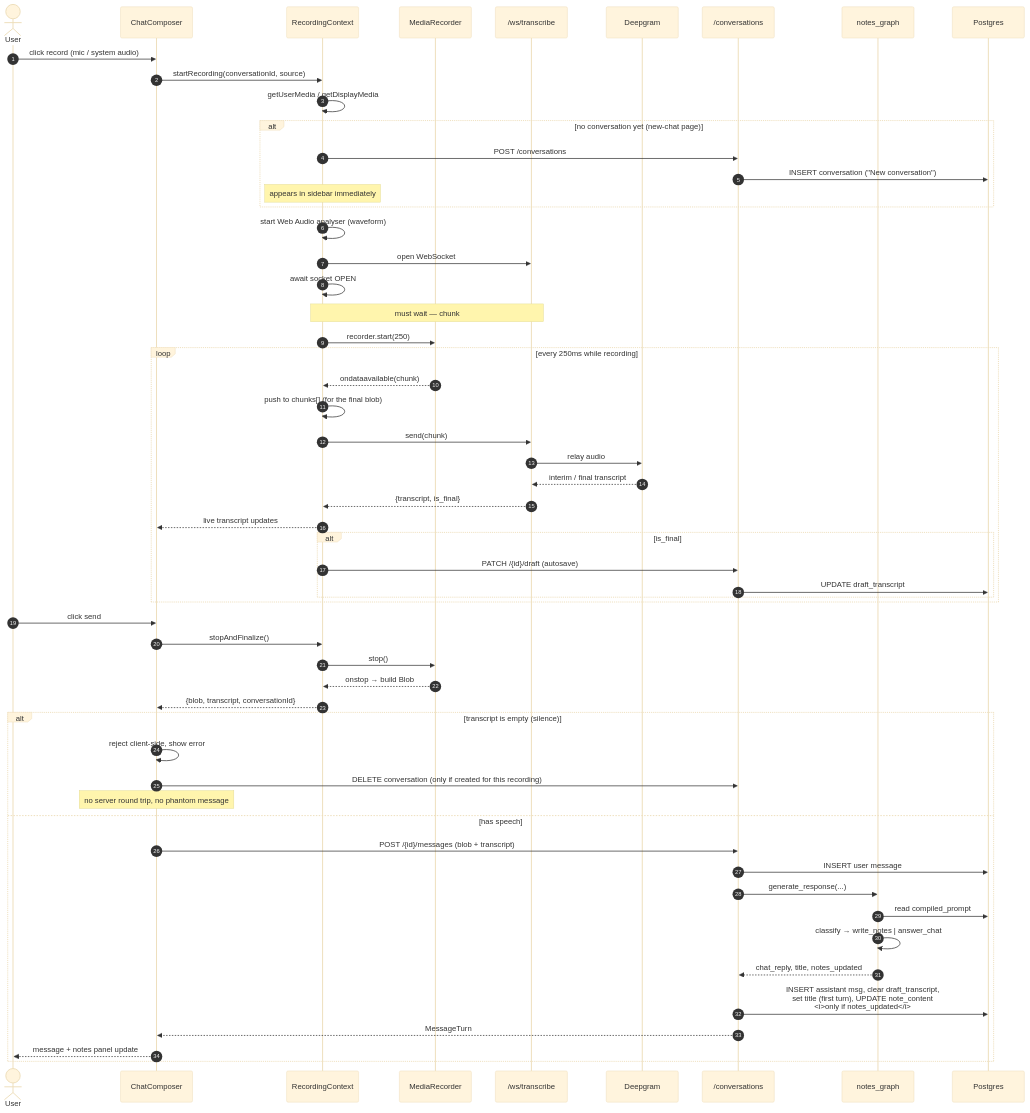
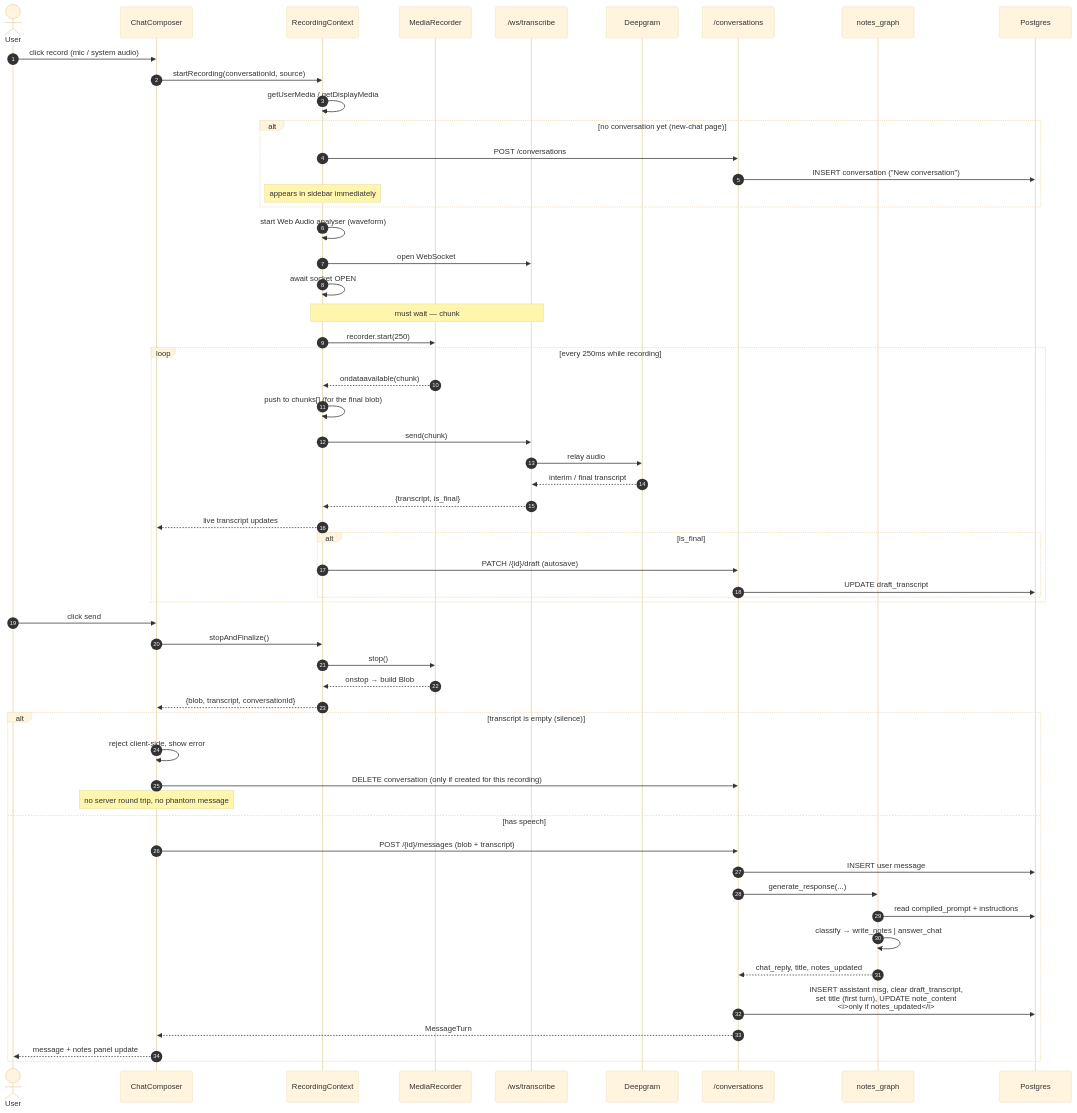
The third of 16 diagrams in FLOW.md (karlwehbe/AI-Note-taker), drawn with Mermaid (base theme) before and after one commit. The commit also changed other lines of this file and 1 other file, not shown here.

Commit message:
Updated README.md and FLOW.md

````diff
--- a/FLOW.md
+++ b/FLOW.md
@@ -115,63 +126,63 @@
 ```mermaid
 sequenceDiagram
   autonumber
   actor U as User
   participant CC as ChatComposer
   participant RC as RecordingContext
   participant MR as MediaRecorder
   participant WS as /ws/transcribe
   participant DG as Deepgram
   participant API as /conversations
   participant G as notes_graph
   participant DB as Postgres
 
   U->>CC: click record (mic / system audio)
   CC->>RC: startRecording(conversationId, source)
   RC->>RC: getUserMedia / getDisplayMedia
   alt no conversation yet (new-chat page)
     RC->>API: POST /conversations
     API->>DB: INSERT conversation ("New conversation")
     Note over RC: appears in sidebar immediately
   end
   RC->>RC: start Web Audio analyser (waveform)
   RC->>WS: open WebSocket
   RC->>RC: await socket OPEN
   Note over RC,WS: must wait — chunk #1 carries the container<br/>header every later chunk needs to decode
   RC->>MR: recorder.start(250)
 
   loop every 250ms while recording
     MR-->>RC: ondataavailable(chunk)
     RC->>RC: push to chunks[] (for the final blob)
     RC->>WS: send(chunk)
     WS->>DG: relay audio
     DG-->>WS: interim / final transcript
     WS-->>RC: {transcript, is_final}
     RC-->>CC: live transcript updates
     alt is_final
       RC->>API: PATCH /{id}/draft (autosave)
       API->>DB: UPDATE draft_transcript
     end
   end
 
   U->>CC: click send
   CC->>RC: stopAndFinalize()
   RC->>MR: stop()
   MR-->>RC: onstop → build Blob
   RC-->>CC: {blob, transcript, conversationId}
 
   alt transcript is empty (silence)
     CC->>CC: reject client-side, show error
     CC->>API: DELETE conversation (only if created for this recording)
     Note over CC: no server round trip, no phantom message
   else has speech
     CC->>API: POST /{id}/messages (blob + transcript)
     API->>DB: INSERT user message
     API->>G: generate_response(...)
-    G->>DB: read compiled_prompt
+    G->>DB: read compiled_prompt + instructions
     G->>G: classify → write_notes | answer_chat
     G-->>API: chat_reply, title, notes_updated
     API->>DB: INSERT assistant msg, clear draft_transcript,<br/>set title (first turn), UPDATE note_content<br/><i>only if notes_updated</i>
     API-->>CC: MessageTurn
     CC-->>U: message + notes panel update
   end
 ```
````
